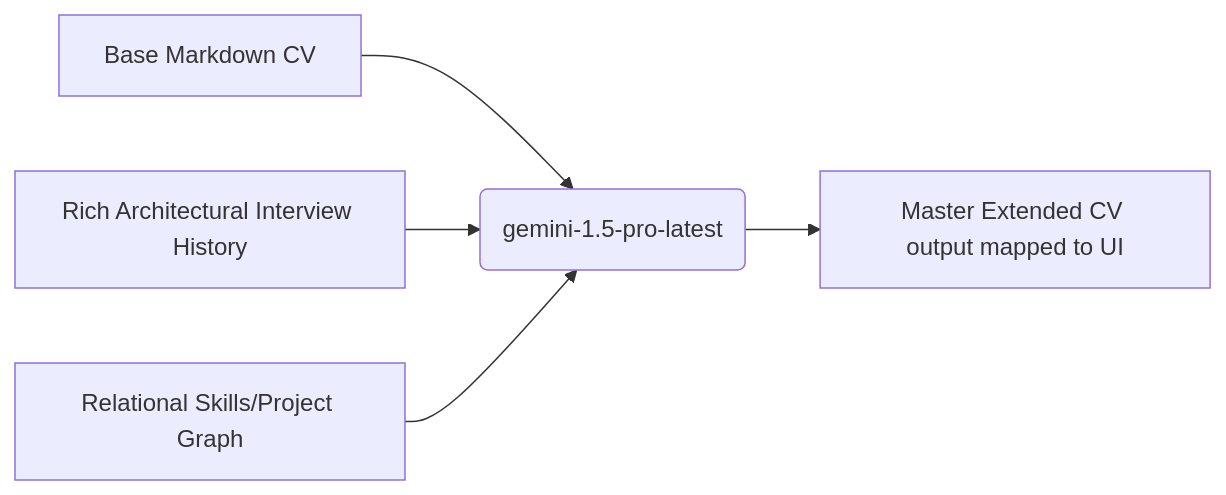
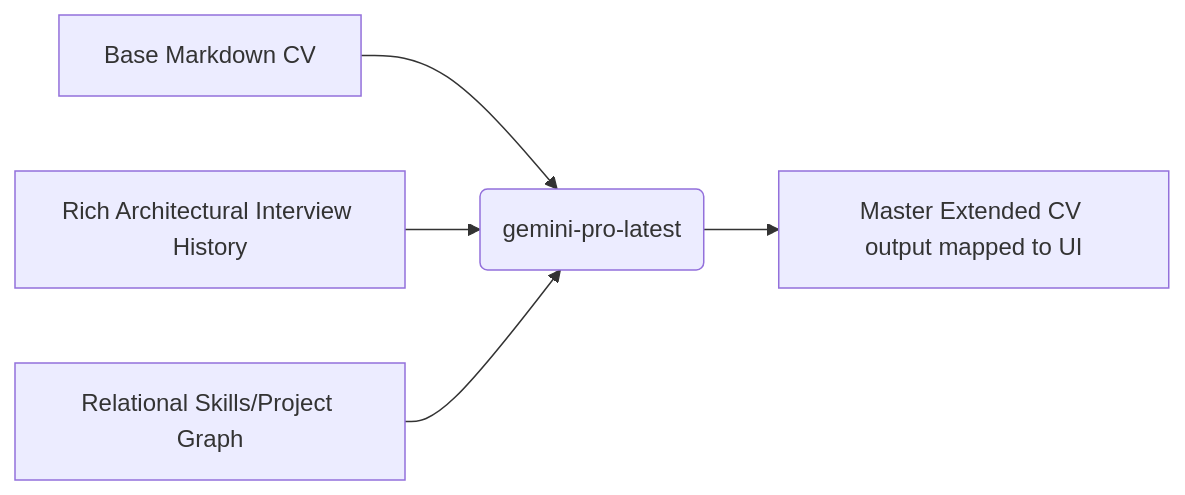
One commit to lguibr/maincurriculum changed the tenth of 10 diagrams in README.md. Above: the diagram before and after it, drawn with Mermaid. The commit also changed other lines of this file and 4 other files, not shown here.

Commit message:
refactor: update Gemini model references to latest versions and standardize code formatting

````diff
--- a/README.md
+++ b/README.md
@@ -221,12 +221,12 @@
 ```mermaid
 graph LR
     BaseCV[Base Markdown CV]
     InterviewH[Rich Architectural Interview History]
     Graph[Relational Skills/Project Graph]
     
-    BaseCV --> Synthesizer(gemini-1.5-pro-latest)
+    BaseCV --> Synthesizer(gemini-pro-latest)
     InterviewH --> Synthesizer
     Graph --> Synthesizer
     
     Synthesizer --> VisualCV[Master Extended CV output mapped to UI]
 ```
````
